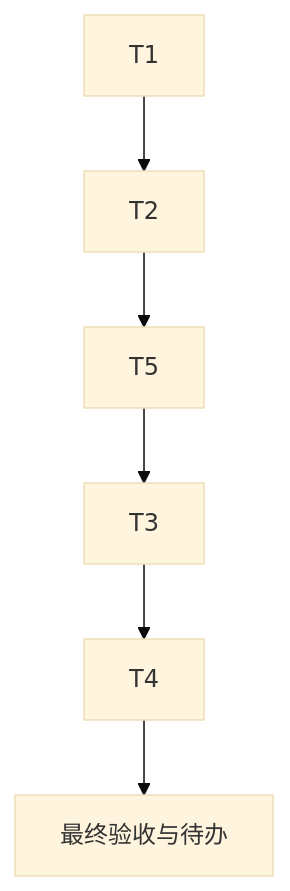
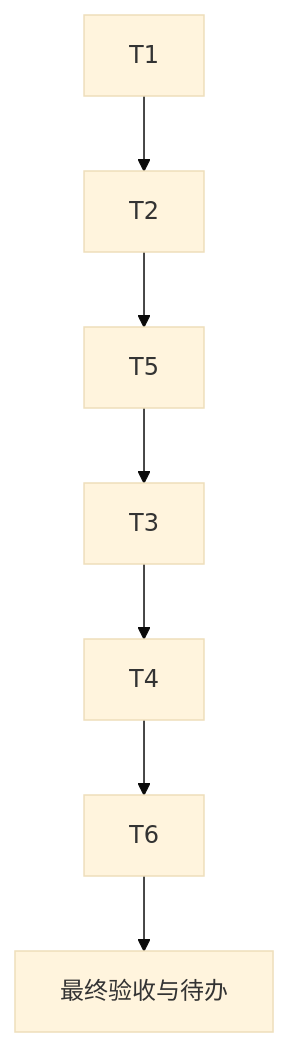
Before and after one commit to OUTLElijiadong/llm-agent-code-review: the diagram in docs/全功能生产端到端验收20261019/TASK_全功能生产端到端验收.md, drawn with Mermaid (base theme). The commit also changed other lines of this file and 3 other files, not shown here.

````diff
--- a/docs/全功能生产端到端验收20261019/TASK_全功能生产端到端验收.md
+++ b/docs/全功能生产端到端验收20261019/TASK_全功能生产端到端验收.md
@@ -47,6 +61,6 @@
 ```mermaid
 flowchart TD
   T1 --> T2 --> T5 --> T3
   T3 --> T4
-  T4 --> F[最终验收与待办]
+  T4 --> T6 --> F[最终验收与待办]
 ```
````
